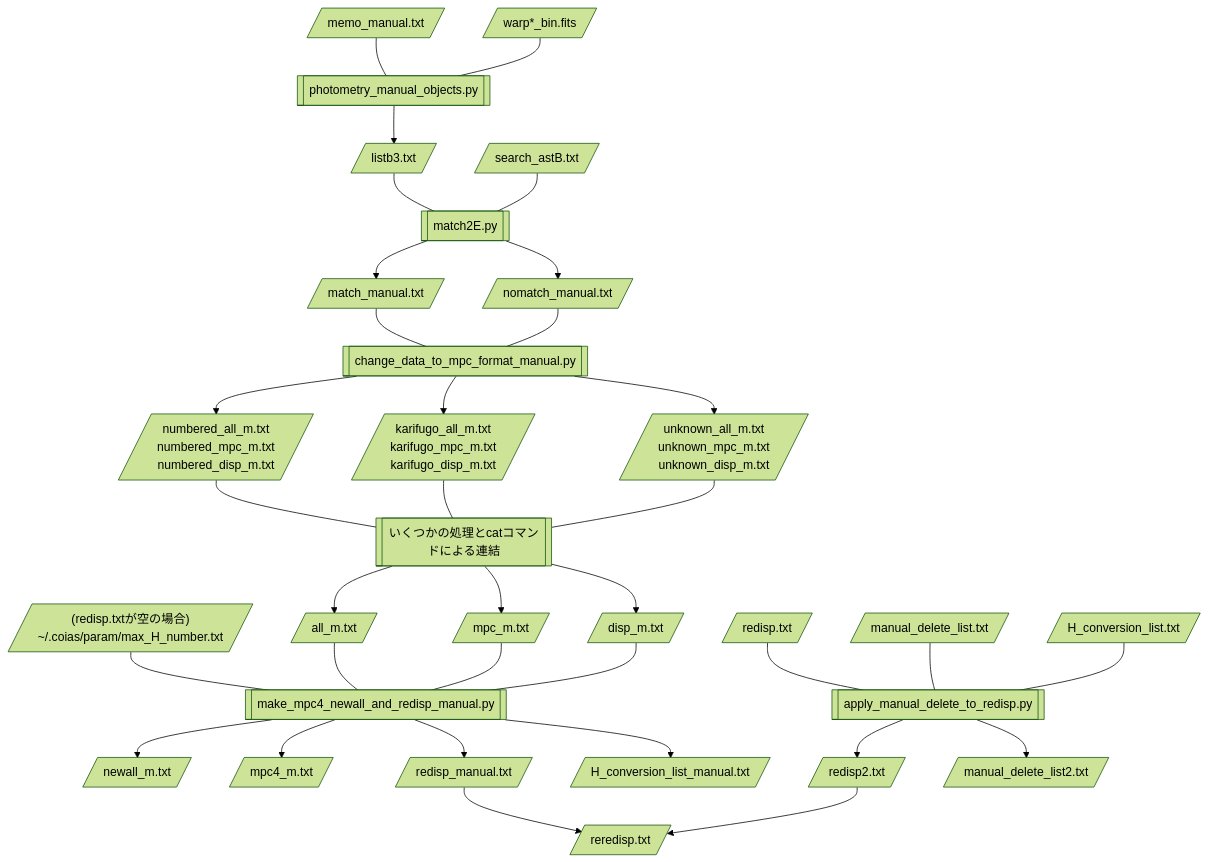
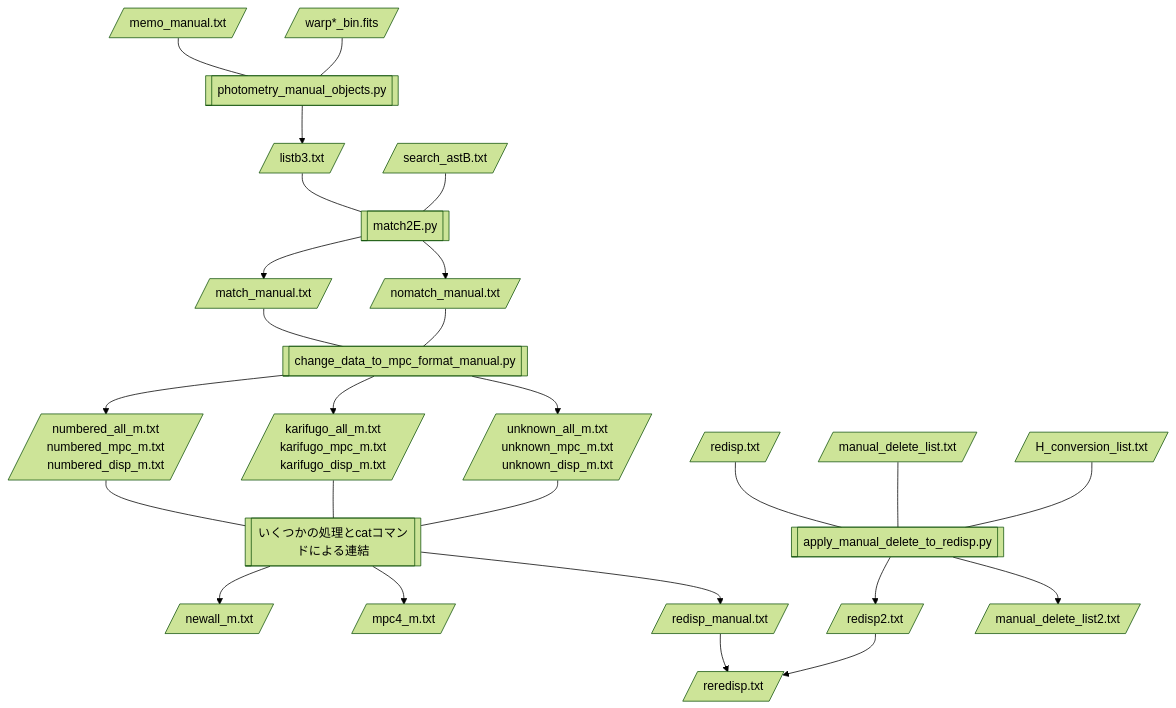
One commit to COIAS-program/COIAS_program_github changed the diagram in flowcharts/flowchart6-AstsearchR_after_manual.md. Above: the diagram before and after it, drawn with Mermaid (forest theme). The commit also changed 2 other files, not shown here.

Commit message:
src8: 手動測定処理のH番号付け替え処理を削除

```````diff
--- a/flowcharts/flowchart6-AstsearchR_after_manual.md
+++ b/flowcharts/flowchart6-AstsearchR_after_manual.md
@@ -3,36 +3,28 @@
 ```mermaid
 flowchart TD
     A[/memo_manual.txt/] --- B[[photometry_manual_objects.py]]
     C[/warp*_bin.fits/] --- B
     B --> D[/listb3.txt/]
     D --- E[[match2E.py]]
     F[/search_astB.txt/] --- E
     E --> G[/match_manual.txt/]
     E --> H[/nomatch_manual.txt/]
     G --- I[[change_data_to_mpc_format_manual.py]]
     H --- I
     I --> J[/numbered_all_m.txt<br>numbered_mpc_m.txt<br>numbered_disp_m.txt/]
     I --> K[/karifugo_all_m.txt<br>karifugo_mpc_m.txt<br>karifugo_disp_m.txt/]
     I --> L[/unknown_all_m.txt<br>unknown_mpc_m.txt<br>unknown_disp_m.txt/]
     J --- M[[いくつかの処理とcatコマンドによる連結]]
     K --- M
     L --- M
-    M --> N[/all_m.txt/]
-    M --> O[/mpc_m.txt/]
-    M --> P[/disp_m.txt/]
-	c[/"(redisp.txtが空の場合)<br>~/.coias/param/max_H_number.txt"/] --- Q[[make_mpc4_newall_and_redisp_manual.py]]
-    N --- Q
-    O --- Q
-    P --- Q
-    Q --> R[/newall_m.txt/]
-    Q --> S[/mpc4_m.txt/]
-    Q --> T[/redisp_manual.txt/]
-    Q --> U[/H_conversion_list_manual.txt/]
+    M --> R[/newall_m.txt/]
+    M --> S[/mpc4_m.txt/]
+    M --> T[/redisp_manual.txt/]
     T --> V[/reredisp.txt/]
     W[/redisp.txt/] --- X[[apply_manual_delete_to_redisp.py]]
     Y[/manual_delete_list.txt/] --- X
     Z[/H_conversion_list.txt/] --- X
     X --> a[/redisp2.txt/]
     X --> b[/manual_delete_list2.txt/]
     a --> V
 ``````
```````
